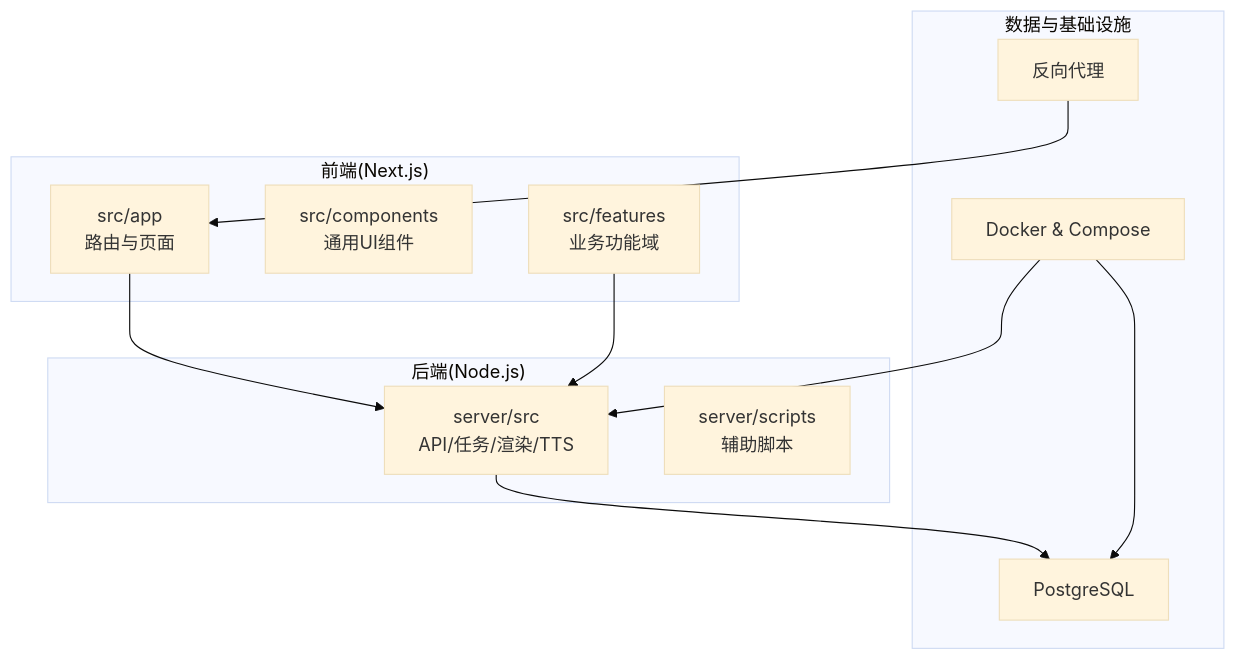
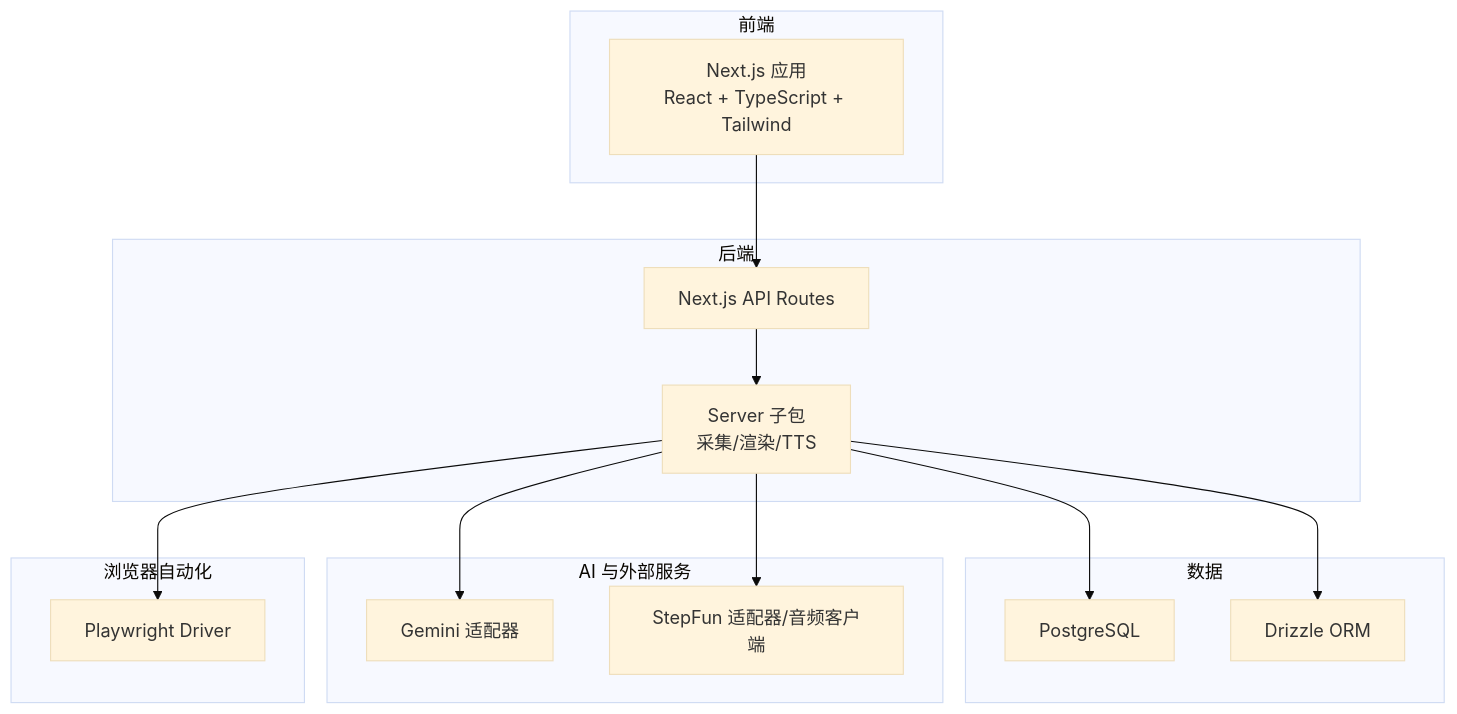
One commit to scottcwy/PurpleInk changed the first of 3 diagrams in .qoder/repowiki/zh/content/项目概述/技术栈概览.md. Above: the diagram before and after it, drawn with Mermaid (base theme). The commit also changed other lines of this file and 872 other files, not shown here.

````diff
--- a/.qoder/repowiki/zh/content/项目概述/技术栈概览.md
+++ b/.qoder/repowiki/zh/content/项目概述/技术栈概览.md
@@ -59,23 +45,28 @@
 ```mermaid
 graph TB
-subgraph "前端(Next.js)"
-A["src/app<br/>路由与页面"]
-B["src/components<br/>通用UI组件"]
-C["src/features<br/>业务功能域"]
+subgraph "前端"
+FE["Next.js 应用<br/>React + TypeScript + Tailwind"]
 end
-subgraph "后端(Node.js)"
-D["server/src<br/>API/任务/渲染/TTS"]
-E["server/scripts<br/>辅助脚本"]
+subgraph "后端"
+API["Next.js API Routes"]
+Worker["Server 子包<br/>采集/渲染/TTS"]
 end
-subgraph "数据与基础设施"
-F["PostgreSQL"]
-G["Docker & Compose"]
-H["反向代理"]
+subgraph "数据"
+DB["PostgreSQL"]
+ORM["Drizzle ORM"]
 end
-A --> D
-C --> D
-D --> F
-G --> F
-G --> D
-H --> A
+subgraph "AI 与外部服务"
+Gemini["Gemini 适配器"]
+StepFun["StepFun 适配器/音频客户端"]
+end
+subgraph "浏览器自动化"
+PW["Playwright Driver"]
+end
+FE --> API
+API --> Worker
+Worker --> DB
+Worker --> ORM
+Worker --> PW
+Worker --> Gemini
+Worker --> StepFun
 ```
````
